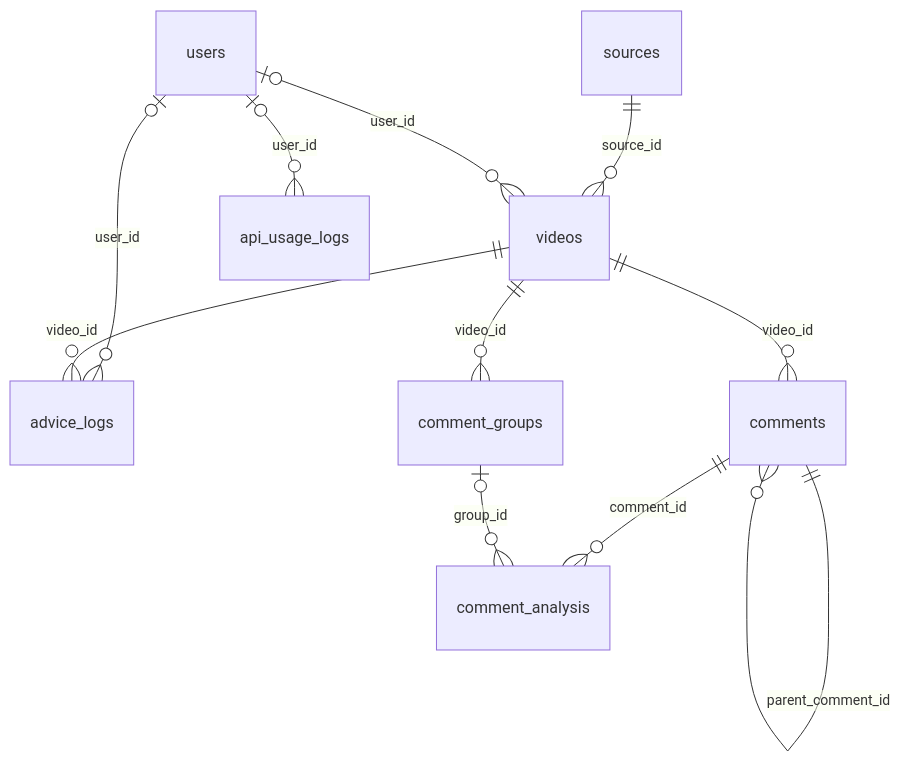
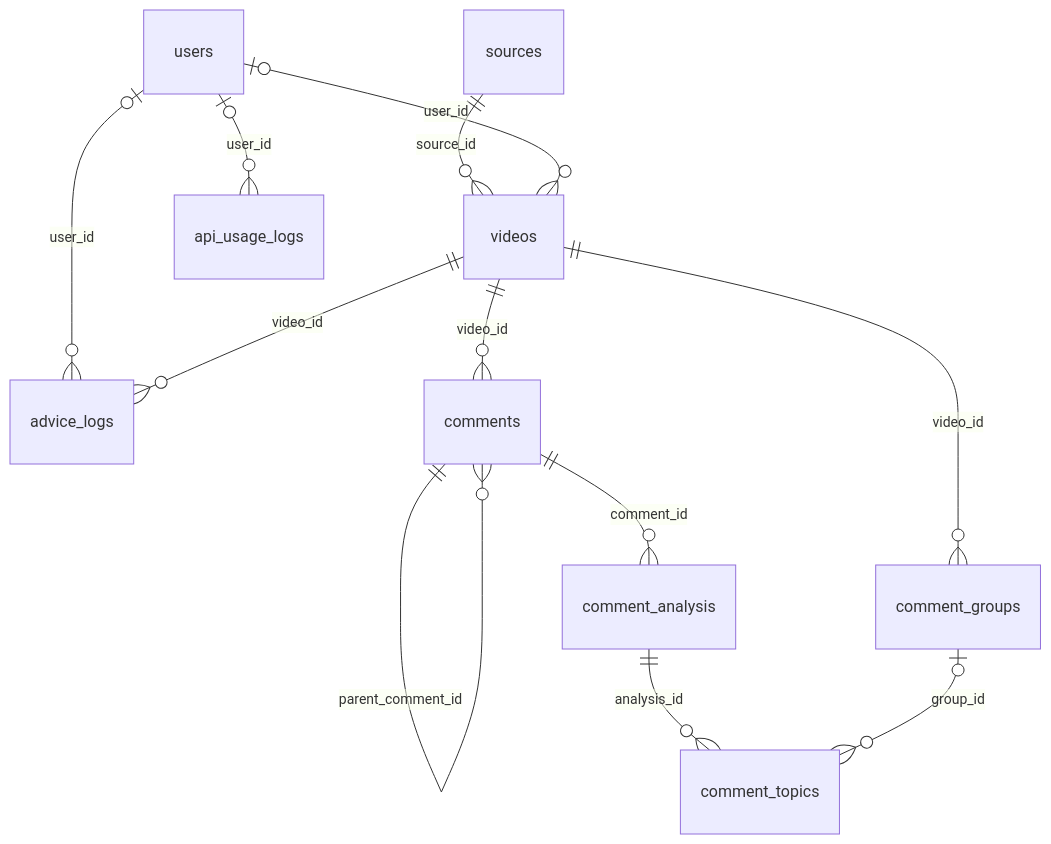
Before and after one commit to tomichans/comment-guard-jp: the diagram in docs/requirements.md, drawn with Mermaid. The commit also changed other lines of this file and 23 other files, not shown here.

````diff
--- a/docs/requirements.md
+++ b/docs/requirements.md
@@ -765,13 +790,14 @@
 ```mermaid
 erDiagram
     sources ||--o{ videos : "source_id"
     users o|--o{ videos : "user_id"
     users o|--o{ advice_logs : "user_id"
     videos ||--o{ comments : "video_id"
     videos ||--o{ comment_groups : "video_id"
     videos ||--o{ advice_logs : "video_id"
     comments ||--o{ comments : "parent_comment_id"
     comments ||--o{ comment_analysis : "comment_id"
-    comment_groups |o--o{ comment_analysis : "group_id"
+    comment_analysis ||--o{ comment_topics : "analysis_id"
+    comment_groups |o--o{ comment_topics : "group_id"
     users o|--o{ api_usage_logs : "user_id"
 ```
````
